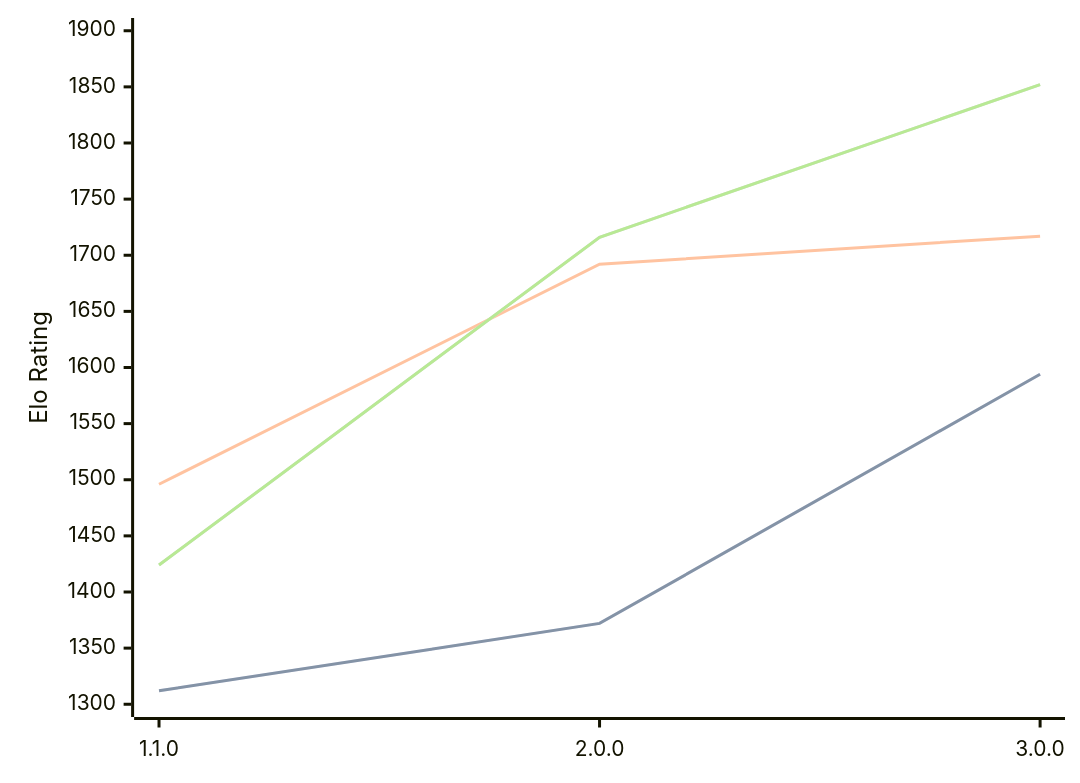
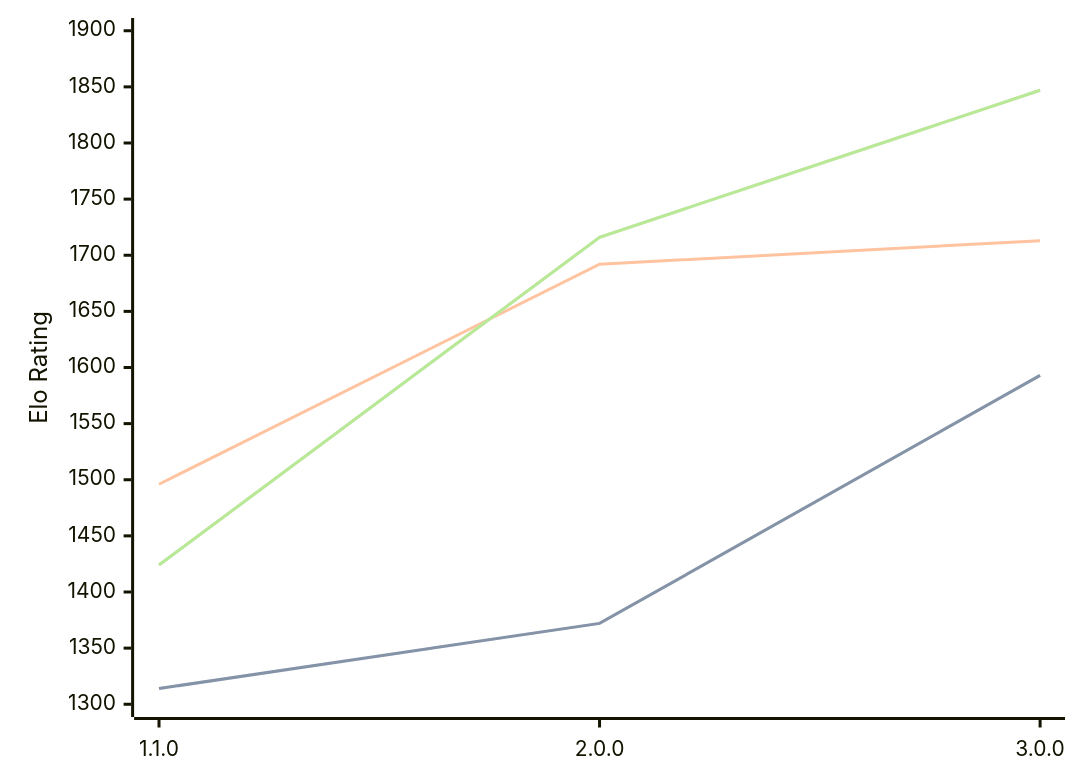
One commit to computer-chess-index/cci changed the diagram in engines/Laura.md. Above: the diagram before and after it, drawn with Mermaid. The commit also changed other lines of this file, not shown here.

Commit message:
Update CCI Ratings (ELO VLTC) - 2026-05-06

````diff
--- a/engines/Laura.md
+++ b/engines/Laura.md
@@ -34,11 +34,11 @@
 ```mermaid
 %%{init: {"theme":"base","themeVariables":{"seriesColors:['#a3a3a3','#222221','#faa371']}}}%%
 xychart-beta
   x-axis ["1.1.0", "2.0.0", "3.0.0"]
   y-axis "Elo Rating" 1300 --> 1900
-  line "STC (8.0+0.08s)" [1312, 1372, 1594]
-  line "STC (8.0+0.08s)" [1312, 1372, 1594]
-  line "LTC (60.0+0.60s)" [1496, 1692, 1717]
-  line "VLTC (2m24s+1.12s)" [1424, 1716, 1852]
-  line "VLTC (2m24s+1.12s)" [1424, 1716, 1852]
+  line "STC (8.0+0.08s)" [1314, 1372, 1593]
+  line "STC (8.0+0.08s)" [1314, 1372, 1593]
+  line "LTC (60.0+0.60s)" [1496, 1692, 1713]
+  line "VLTC (2m24s+1.12s)" [1424, 1716, 1847]
+  line "VLTC (2m24s+1.12s)" [1424, 1716, 1847]
 ```
````
